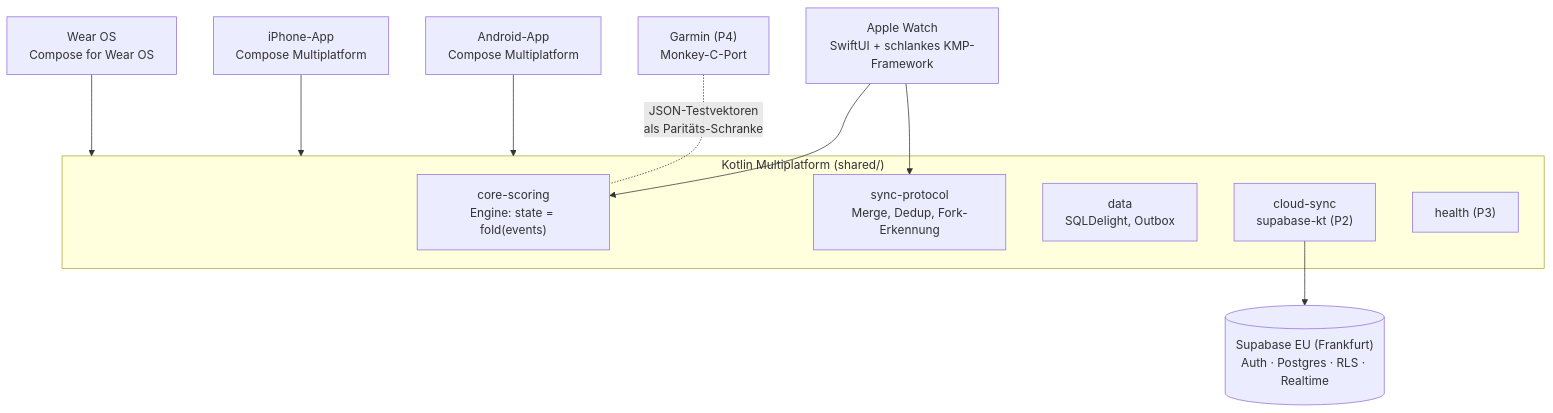
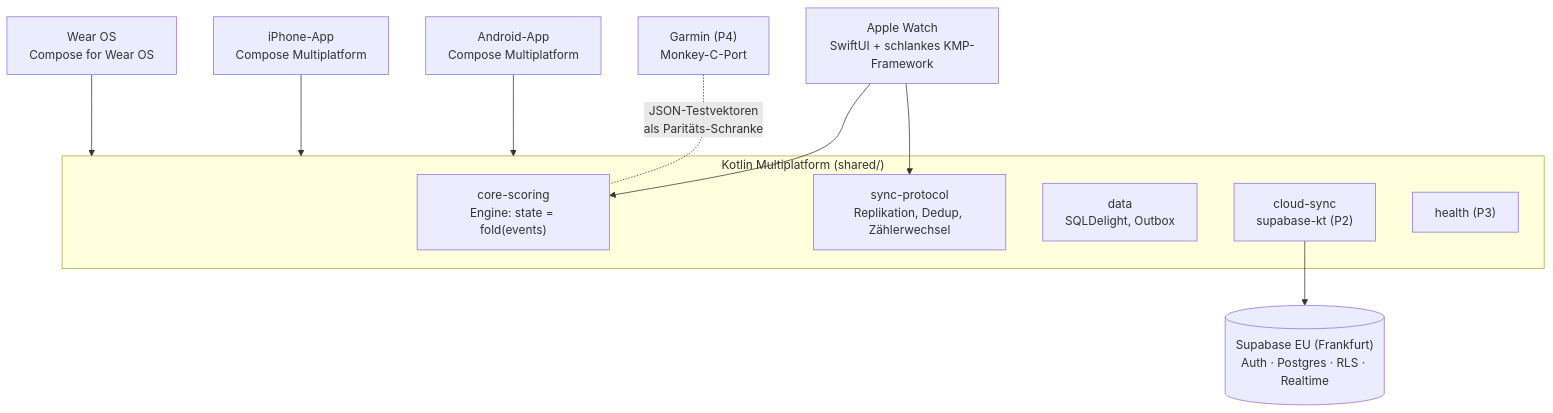
Before and after one commit to thealextd1337-spec/racketone: the diagram in docs/PLAN.md, drawn with Mermaid. The commit also changed other lines of this file and 4 other files, not shown here.

````diff
--- a/docs/PLAN.md
+++ b/docs/PLAN.md
@@ -36,16 +37,16 @@
 ```mermaid
 graph TB
   subgraph shared["Kotlin Multiplatform (shared/)"]
     CS["core-scoring<br/>Engine: state = fold(events)"]
-    SP["sync-protocol<br/>Merge, Dedup, Fork-Erkennung"]
+    SP["sync-protocol<br/>Replikation, Dedup, Zählerwechsel"]
     DATA["data<br/>SQLDelight, Outbox"]
     CLOUD["cloud-sync<br/>supabase-kt (P2)"]
     HEALTH["health (P3)"]
   end
   AND["Android-App<br/>Compose Multiplatform"] --> shared
   IOS["iPhone-App<br/>Compose Multiplatform"] --> shared
   WEAR["Wear OS<br/>Compose for Wear OS"] --> shared
   AW["Apple Watch<br/>SwiftUI + schlankes KMP-Framework"] --> CS & SP
   GAR["Garmin (P4)<br/>Monkey-C-Port"] -. "JSON-Testvektoren<br/>als Paritäts-Schranke" .- CS
   CLOUD --> SB[("Supabase EU (Frankfurt)<br/>Auth · Postgres · RLS · Realtime")]
 ```
````
